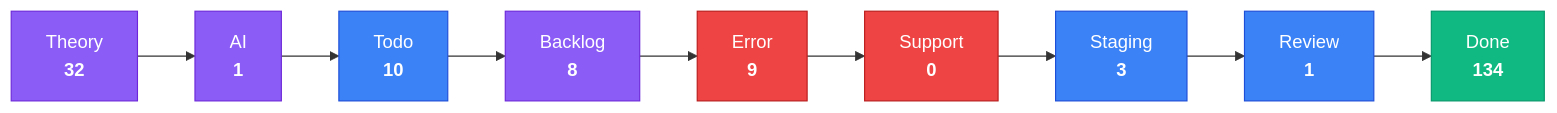
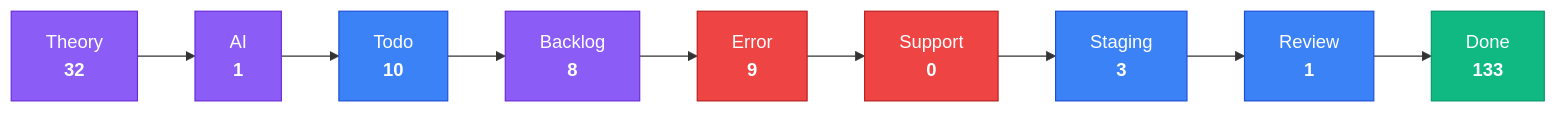
Before and after one commit to KBVE/kbve: the third of 4 diagrams in apps/kbve/astro-kbve/src/content/docs/dashboard/kanban-data.mdx, drawn with Mermaid. The commit also changed other lines of this file and 8 other files, not shown here.

````diff
--- a/apps/kbve/astro-kbve/src/content/docs/dashboard/kanban-data.mdx
+++ b/apps/kbve/astro-kbve/src/content/docs/dashboard/kanban-data.mdx
@@ -80,28 +80,28 @@
 ```mermaid
 flowchart LR
     classDef planning fill:#8b5cf6,stroke:#6d28d9,color:#fff
     classDef active fill:#3b82f6,stroke:#1d4ed8,color:#fff
     classDef blocked fill:#ef4444,stroke:#b91c1c,color:#fff
     classDef done fill:#10b981,stroke:#059669,color:#fff
     Theory["Theory<br/><strong>32</strong>"]
     Theory --> AI
     AI["AI<br/><strong>1</strong>"]
     AI --> Todo
     Todo["Todo<br/><strong>10</strong>"]
     Todo --> Backlog
     Backlog["Backlog<br/><strong>8</strong>"]
     Backlog --> Error
     Error["Error<br/><strong>9</strong>"]
     Error --> Support
     Support["Support<br/><strong>0</strong>"]
     Support --> Staging
     Staging["Staging<br/><strong>3</strong>"]
     Staging --> Review
     Review["Review<br/><strong>1</strong>"]
     Review --> Done
-    Done["Done<br/><strong>134</strong>"]
+    Done["Done<br/><strong>133</strong>"]
     class Theory,AI,Backlog planning
     class Todo,Staging,Review active
     class Error,Support blocked
     class Done done
 ```
````
